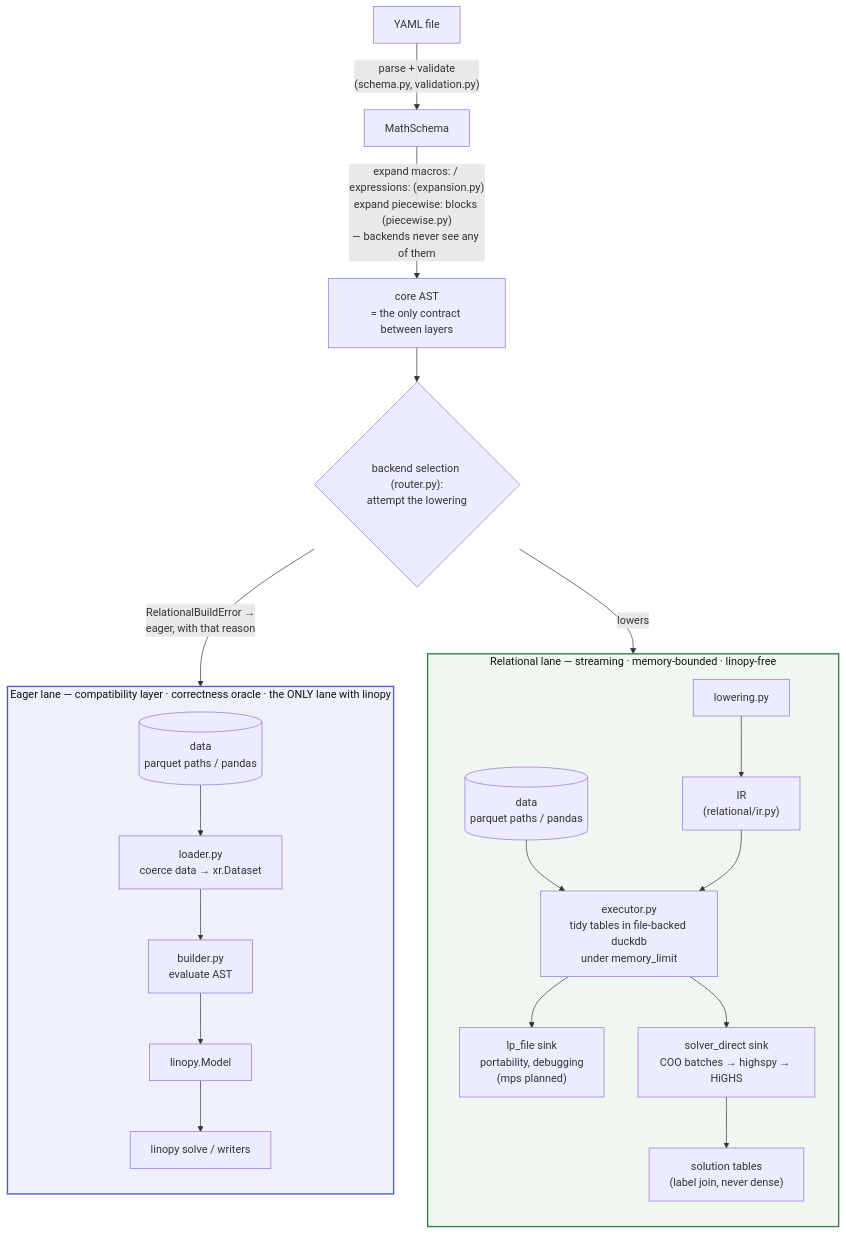
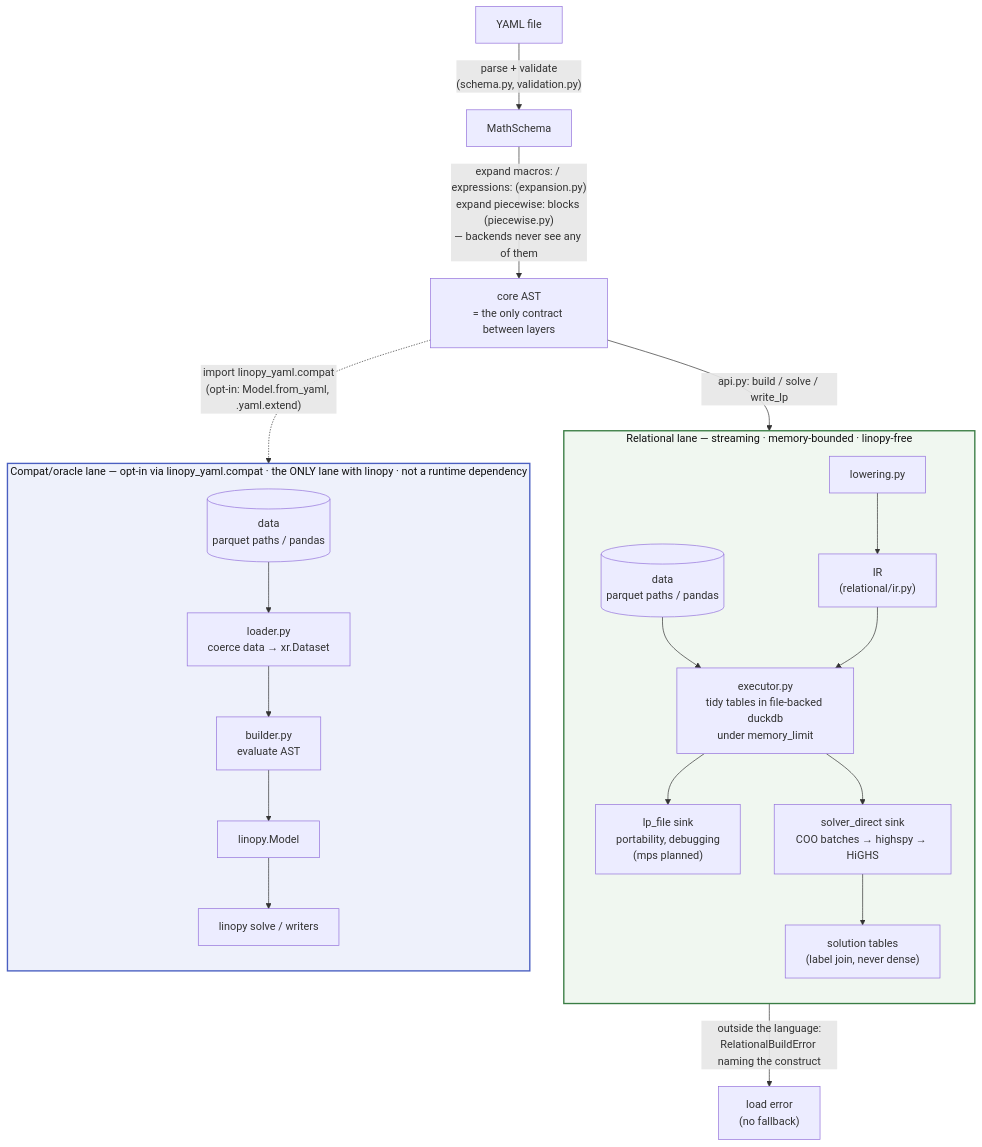
Before and after one commit to FBumann/farkas: the first of 2 diagrams in ARCHITECTURE.md, drawn with Mermaid. The commit also changed other lines of this file and 16 other files, not shown here.

````diff
--- a/ARCHITECTURE.md
+++ b/ARCHITECTURE.md
@@ -17,31 +17,30 @@
 ```mermaid
 flowchart TB
     Y[YAML file] -->|"parse + validate<br/>(schema.py, validation.py)"| MS[MathSchema]
     MS -->|"expand macros: / expressions: (expansion.py)<br/>expand piecewise: blocks (piecewise.py)<br/>— backends never see any of them"| AST["core AST<br/>= the only contract between layers"]
-    AST --> ROUTE{"backend selection (router.py):<br/>attempt the lowering"}
-
-    ROUTE -->|"lowers"| LOWER
-    ROUTE -->|"RelationalBuildError →<br/>eager, with that reason"| BUILD
+    AST -->|"api.py: build / solve / write_lp"| LOWER
+    AST -.->|"import linopy_yaml.compat<br/>(opt-in: Model.from_yaml, .yaml.extend)"| BUILD
+    LOWER -->|"outside the language:<br/>RelationalBuildError naming the construct"| ERR["load error<br/>(no fallback)"]
 
     subgraph REL["Relational lane — streaming · memory-bounded · linopy-free"]
         direction TB
         LOWER["lowering.py"] --> IR["IR<br/>(relational/ir.py)"]
         DR[("data<br/>parquet paths / pandas")] --> EXEC
         IR --> EXEC["executor.py<br/>tidy tables in file-backed duckdb<br/>under memory_limit"]
         EXEC --> LPS["lp_file sink<br/>portability, debugging<br/>(mps planned)"]
         EXEC --> DIRECT["solver_direct sink<br/>COO batches → highspy → HiGHS"]
         DIRECT --> SOL["solution tables<br/>(label join, never dense)"]
     end
 
-    subgraph EAGER["Eager lane — compatibility layer · correctness oracle · the ONLY lane with linopy"]
+    subgraph EAGER["Compat/oracle lane — opt-in via linopy_yaml.compat · the ONLY lane with linopy · not a runtime dependency"]
         direction TB
         DE[("data<br/>parquet paths / pandas")] --> LOAD["loader.py<br/>coerce data → xr.Dataset"]
         LOAD --> BUILD["builder.py<br/>evaluate AST"]
         BUILD --> MODEL[linopy.Model] --> SOLVE["linopy solve / writers"]
     end
 
     classDef laneR fill:#f0f7f0,stroke:#3a7d44,stroke-width:2px,color:#111
     classDef laneE fill:#eef1fb,stroke:#4a5fc1,stroke-width:2px,color:#111
     class REL laneR
     class EAGER laneE
 ```
````
